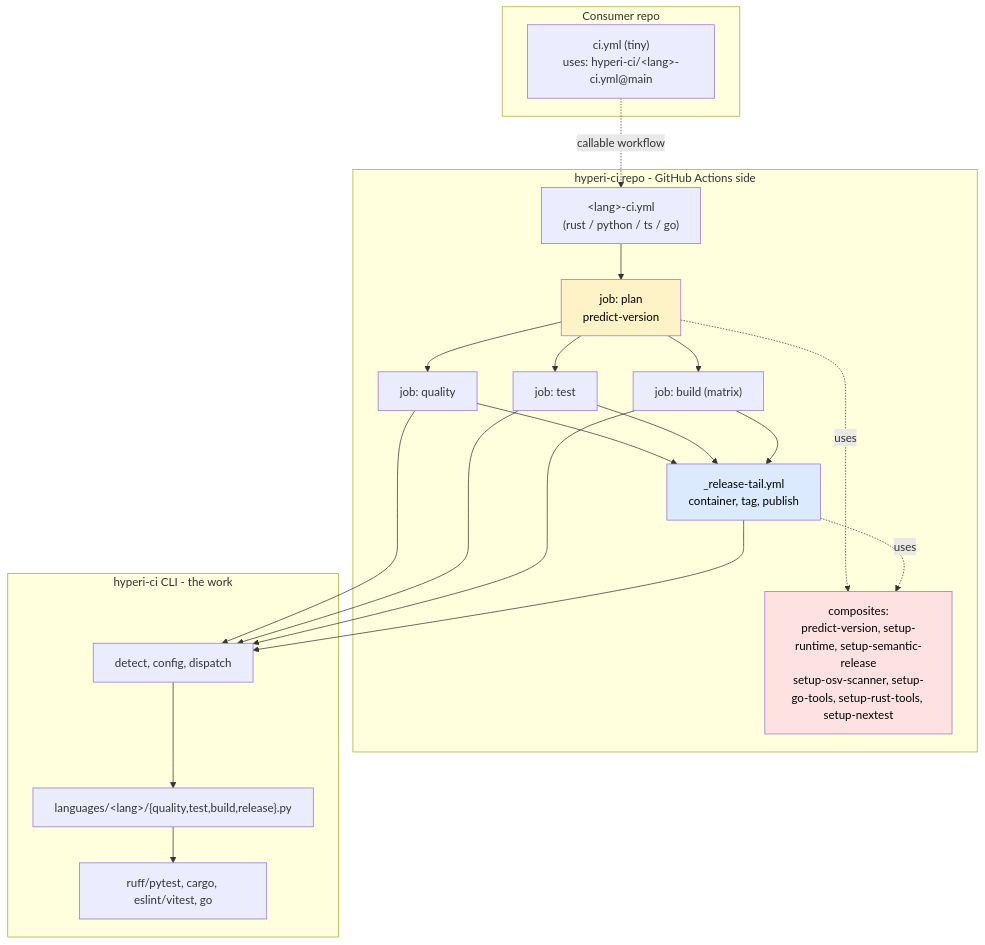
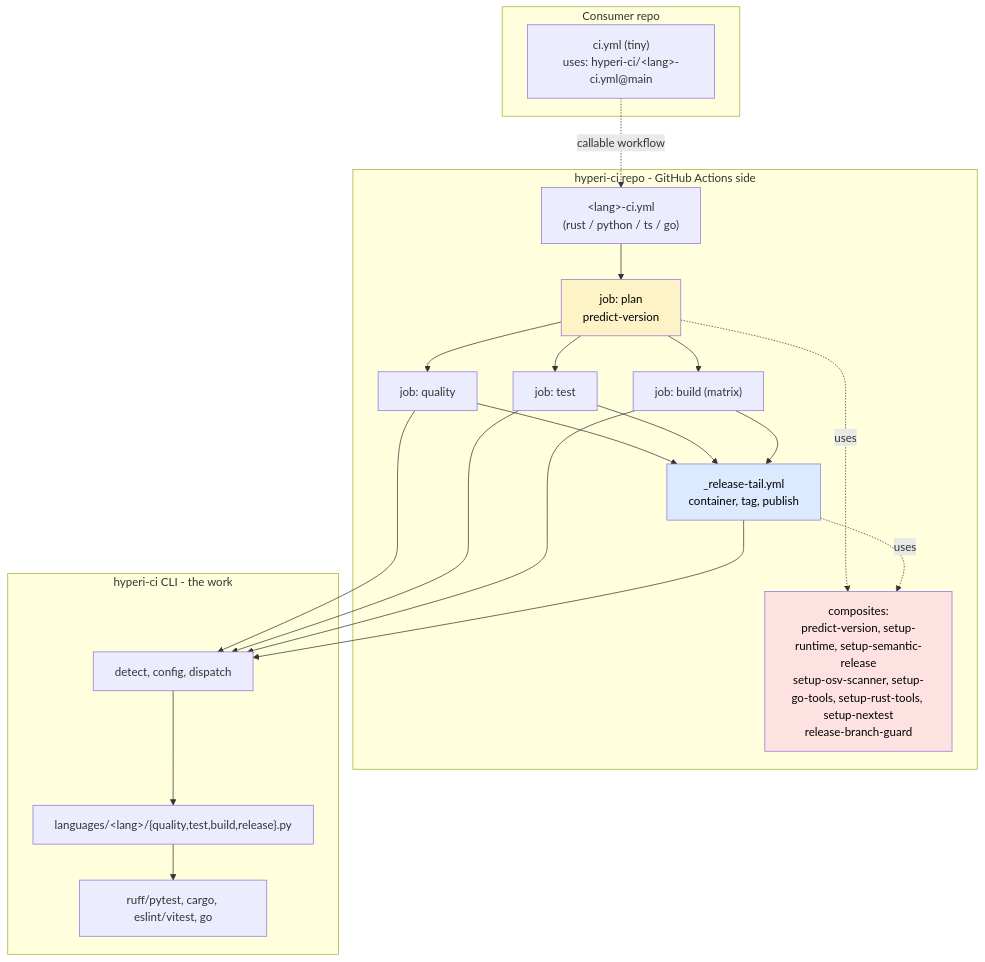
Before and after one commit to hyperi-io/hyperi-ci: the diagram in docs/README.md, drawn with Mermaid. The commit also changed 14 other files, not shown here.

````diff
--- a/docs/README.md
+++ b/docs/README.md
@@ -31,32 +31,32 @@
 ```mermaid
 flowchart TB
     subgraph Consumer["Consumer repo"]
         CI["ci.yml (tiny)<br/>uses: hyperi-ci/&lt;lang&gt;-ci.yml@main"]
     end
 
     subgraph HCI["hyperi-ci repo - GitHub Actions side"]
         L["&lt;lang&gt;-ci.yml<br/>(rust / python / ts / go)"]
         P["job: plan<br/>predict-version"]
         Q["job: quality"]
         T["job: test"]
         B["job: build (matrix)"]
         RT["_release-tail.yml<br/>container, tag, publish"]
-        COMP["composites:<br/>predict-version, setup-runtime, setup-semantic-release<br/>setup-osv-scanner, setup-go-tools, setup-rust-tools, setup-nextest"]
+        COMP["composites:<br/>predict-version, setup-runtime, setup-semantic-release<br/>setup-osv-scanner, setup-go-tools, setup-rust-tools, setup-nextest<br/>release-branch-guard"]
     end
 
     subgraph CLI["hyperi-ci CLI - the work"]
         D["detect, config, dispatch"]
         H["languages/&lt;lang&gt;/{quality,test,build,release}.py"]
         Tools["ruff/pytest, cargo, eslint/vitest, go"]
     end
 
     CI -.callable workflow.-> L
     L --> P --> Q & T & B --> RT
     P -.uses.-> COMP
     RT -.uses.-> COMP
     Q & T & B & RT --> D --> H --> Tools
 
     style P fill:#fef3c7,color:#000
     style RT fill:#dbeafe,color:#000
     style COMP fill:#fee2e2,color:#000
 ```
````
